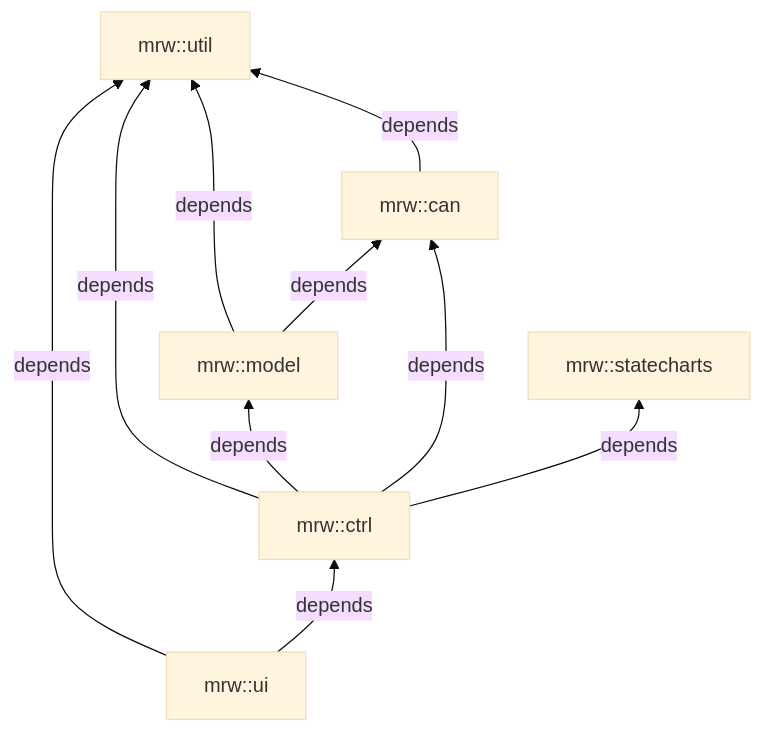
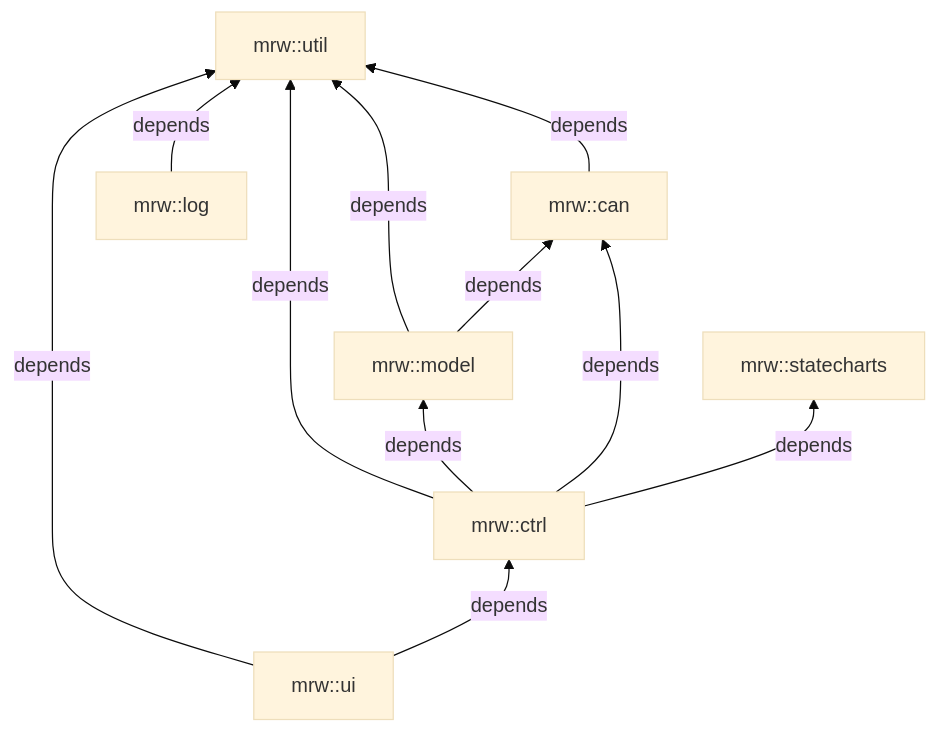
One commit to stmork/mrw-track-control-ng changed the second of 2 diagrams in README.md. Above: the diagram before and after it, drawn with Mermaid (base theme). The commit also changed 8 other files, not shown here.

````diff
--- a/README.md
+++ b/README.md
@@ -57,19 +57,21 @@
 ```mermaid
 flowchart BT
 	model[mrw::model]
 	sc[mrw::statecharts]
 	ui[mrw::ui]
 	util[mrw::util]
 	can[mrw::can]
 	ctrl[mrw::ctrl]
+	log[mrw::log]
 
 	can -->|depends|util
 	ui -->|depends|util
 	ctrl -->|depends|util
 	ctrl -->|depends|model
 	ctrl -->|depends|can
 	ui -->|depends|ctrl
 	model -->|depends|util
 	model -->|depends|can
 	ctrl -->|depends|sc
+	log -->|depends|util
 ```
````
